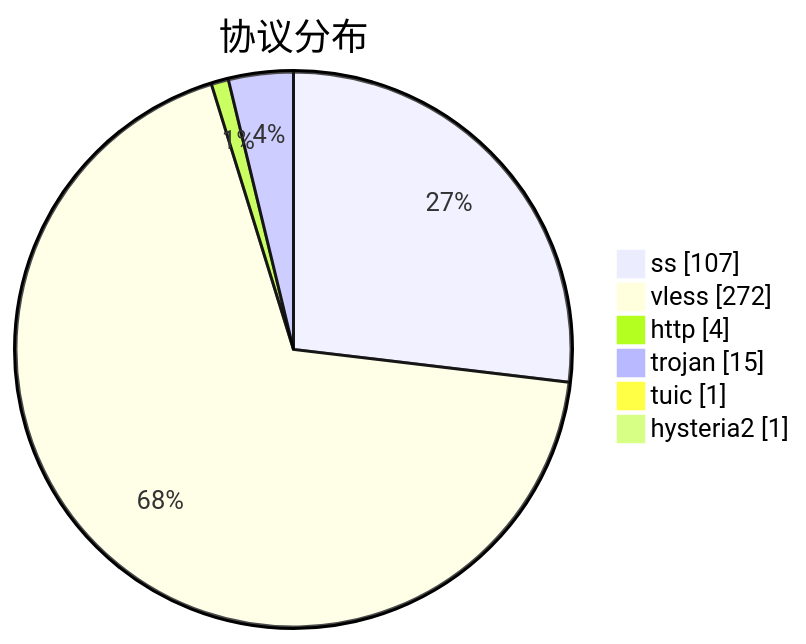
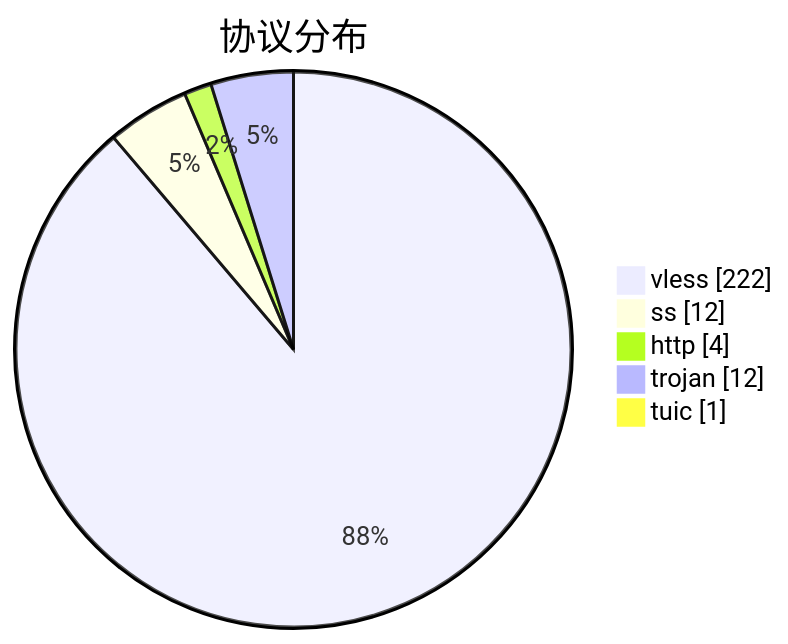
Before and after one commit to qjlxg/airport: the third of 3 diagrams in subs/statistics/tested_within.md, drawn with Mermaid. The commit also changed other lines of this file and 2 other files, not shown here.

````diff
--- a/subs/statistics/tested_within.md
+++ b/subs/statistics/tested_within.md
@@ -33,10 +30,9 @@
 ```mermaid
 pie showData
 title 协议分布
-"ss" : 107
-"vless" : 272
+"vless" : 222
+"ss" : 12
 "http" : 4
-"trojan" : 15
+"trojan" : 12
 "tuic" : 1
-"hysteria2" : 1
 ```
````
